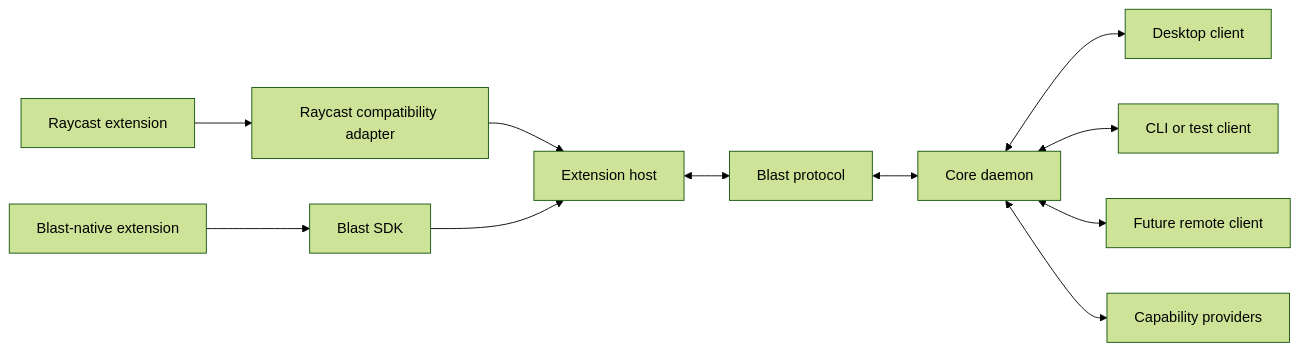
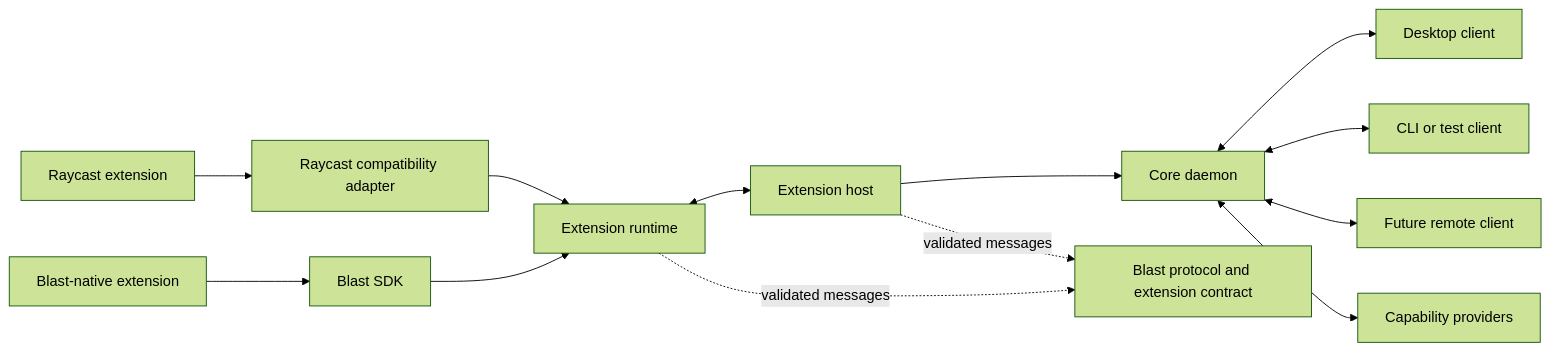
The first of 2 diagrams in docs/v2/architecture.md (BlastLauncher/blast), drawn with Mermaid (forest theme) before and after one commit. The commit also changed other lines of this file and 44 other files, not shown here.

````diff
--- a/docs/v2/architecture.md
+++ b/docs/v2/architecture.md
@@ -5,13 +5,15 @@
 ```mermaid
 flowchart LR
     E[Raycast extension] --> C[Raycast compatibility adapter]
     N[Blast-native extension] --> S[Blast SDK]
-    C --> H[Extension host]
-    S --> H
-    H <--> P[Blast protocol]
-    P <--> D[Core daemon]
+    C --> X[Extension runtime]
+    S --> X
+    X <--> H[Extension host]
+    H --> D[Core daemon]
+    X -. validated messages .-> P[Blast protocol and extension contract]
+    H -. validated messages .-> P
     D <--> U[Desktop client]
     D <--> T[CLI or test client]
     D <--> R[Future remote client]
     D <--> B[Capability providers]
 ```
````
